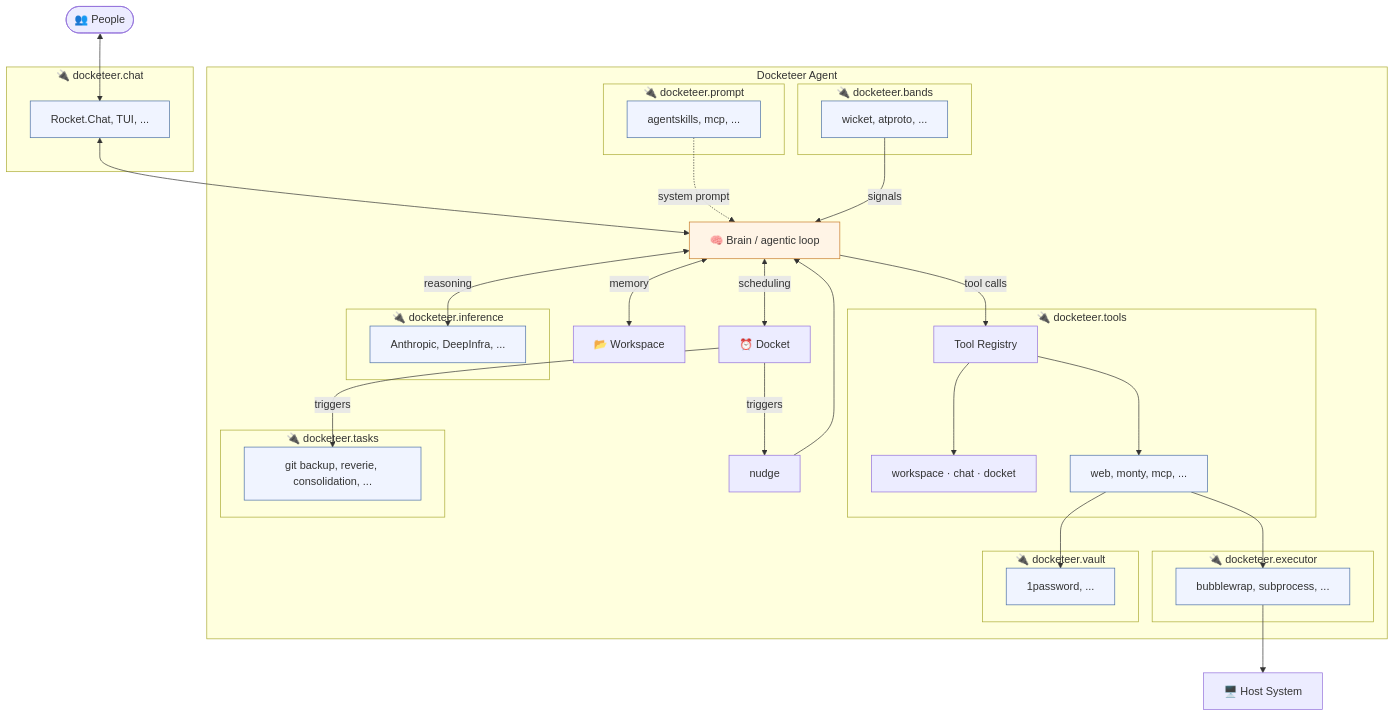
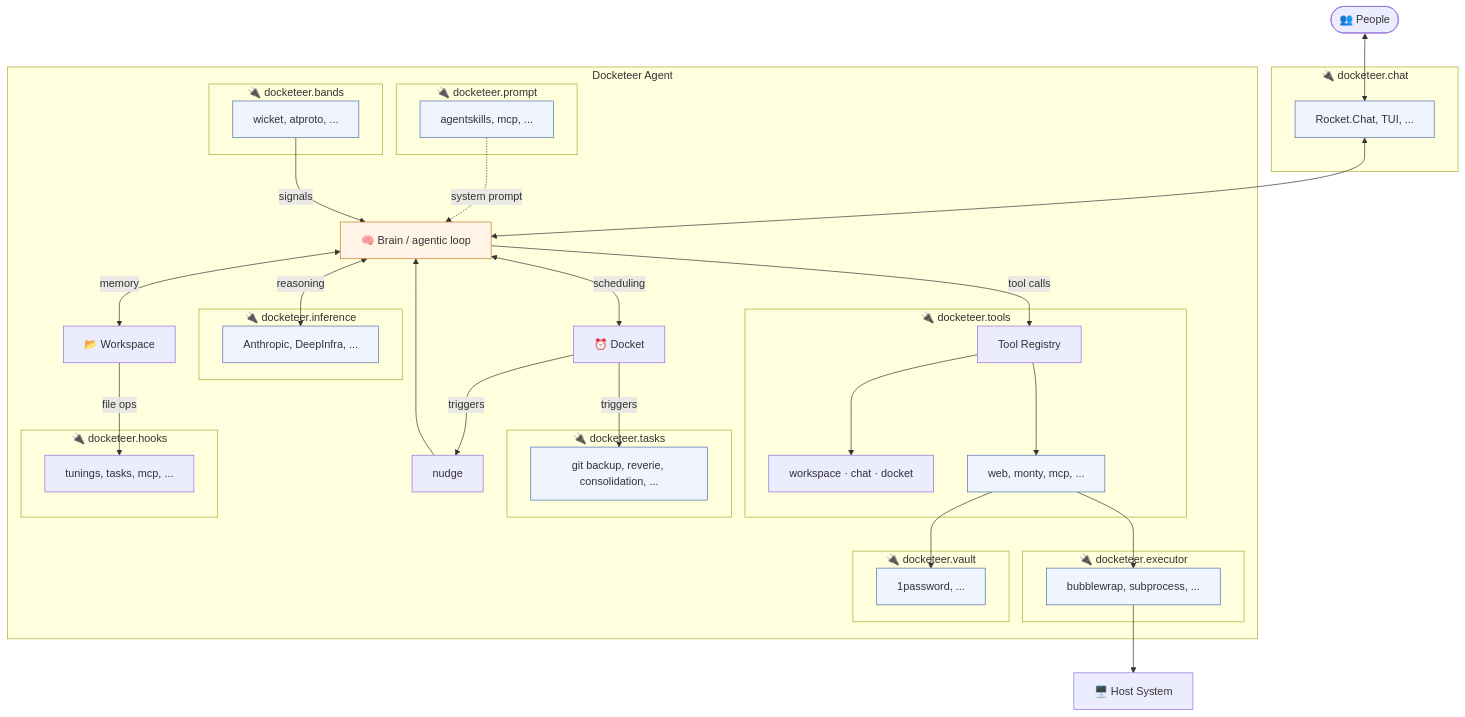
The diagram in README.md (chrisguidry/docketeer), drawn with Mermaid before and after one commit. The commit also changed other lines of this file and 44 other files, not shown here.

First line of the commit message:
Workspace hooks and file-based configuration

````diff
--- a/README.md
+++ b/README.md
@@ -69,66 +69,71 @@
 ```mermaid
 graph TD
     People(["👥 People"])
     People <--> ChatClient
 
     subgraph chat ["🔌 docketeer.chat"]
         ChatClient["Rocket.Chat, TUI, ..."]
     end
 
     ChatClient <--> Brain
 
     subgraph agent ["Docketeer Agent"]
         Brain["🧠 Brain / agentic loop"]
 
         subgraph inference ["🔌 docketeer.inference"]
             API["Anthropic, DeepInfra, ..."]
         end
         Brain <-- "reasoning" --> API
         Brain <-- "memory" --> Workspace["📂 Workspace"]
         Brain <-- "scheduling" --> Docket["⏰ Docket"]
 
         Docket -- triggers --> CoreTasks["nudge"]
         CoreTasks --> Brain
 
         subgraph prompt ["🔌 docketeer.prompt"]
             Prompts["agentskills, mcp, ..."]
         end
         Prompts -. system prompt .-> Brain
 
         Brain -- tool calls --> Registry
         subgraph tools ["🔌 docketeer.tools"]
             Registry["Tool Registry"]
             CoreTools["workspace · chat · docket"]
             PluginTools["web, monty, mcp, ..."]
         end
         Registry --> CoreTools
         Registry --> PluginTools
 
         Docket -- triggers --> PluginTasks
         subgraph tasks ["🔌 docketeer.tasks"]
             PluginTasks["git backup, reverie, consolidation, ..."]
         end
 
         subgraph bands ["🔌 docketeer.bands"]
             Bands["wicket, atproto, ..."]
         end
         Bands -- signals --> Brain
 
+        subgraph hooks ["🔌 docketeer.hooks"]
+            Hooks["tunings, tasks, mcp, ..."]
+        end
+        Workspace -- file ops --> Hooks
+
         subgraph executor ["🔌 docketeer.executor"]
             Sandbox["bubblewrap, subprocess, ..."]
         end
         PluginTools --> Sandbox
 
         subgraph vault ["🔌 docketeer.vault"]
             Secrets["1password, ..."]
         end
         PluginTools --> Secrets
     end
 
     Sandbox --> Host["🖥️ Host System"]
 
     classDef plugin fill:#f0f4ff,stroke:#4a6fa5
     classDef core fill:#fff4e6,stroke:#c77b2a
     class API,ChatClient,Prompts,PluginTools,Sandbox,Secrets,PluginTasks,Bands plugin
     class Brain core
 ```
````
